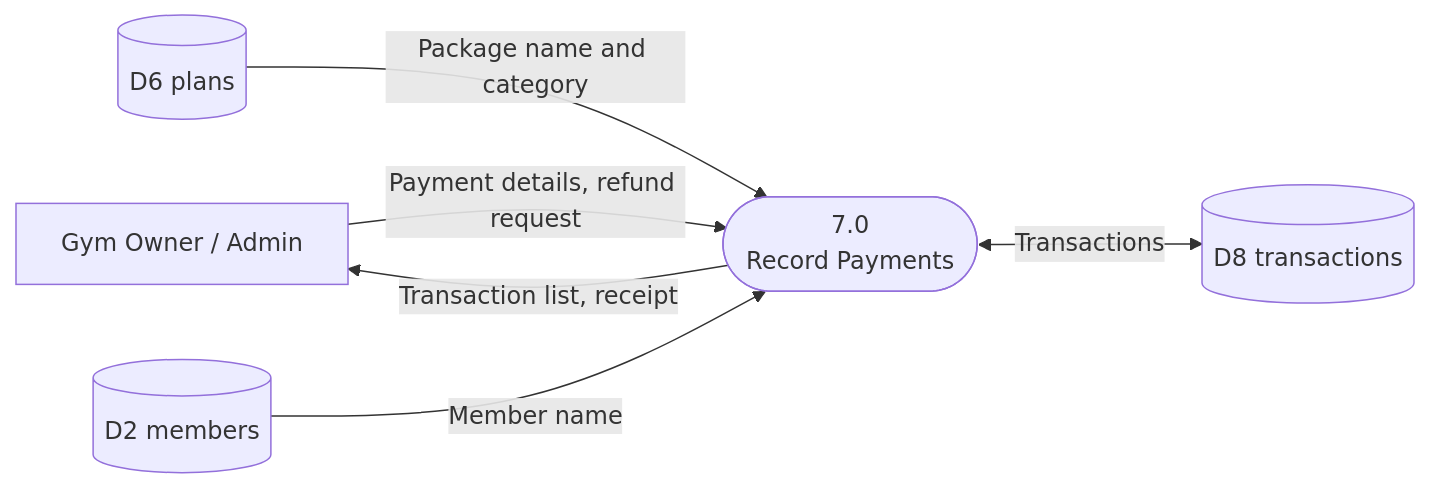
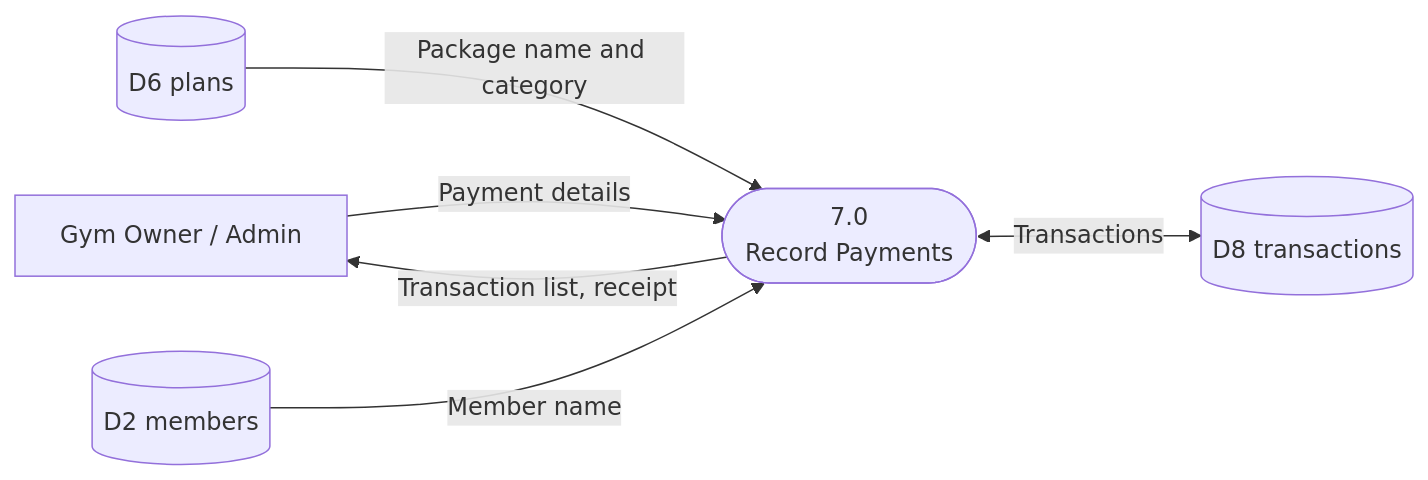
One commit to Plonteras191/GYM2-CAPSTONE changed the second of 5 diagrams in Correct_Diagrams/3B_Data_Flow_Diagram_Processes_6_to_10.md. Above: the diagram before and after it, drawn with Mermaid. The commit also changed other lines of this file and 26 other files, not shown here.

````diff
--- a/Correct_Diagrams/3B_Data_Flow_Diagram_Processes_6_to_10.md
+++ b/Correct_Diagrams/3B_Data_Flow_Diagram_Processes_6_to_10.md
@@ -34,14 +38,14 @@
 ```mermaid
 flowchart LR
     Admin["Gym Owner / Admin"]
     P7(["7.0<br/>Record Payments"])
     D2[("D2 members")]
     D6[("D6 plans")]
     D8[("D8 transactions")]
 
-    Admin -->|"Payment details, refund request"| P7
+    Admin -->|"Payment details"| P7
     P7 -->|"Transaction list, receipt"| Admin
     P7 <-->|"Transactions"| D8
     D6 -->|"Package name and category"| P7
     D2 -->|"Member name"| P7
 ```
````
